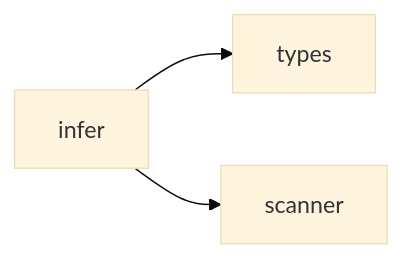
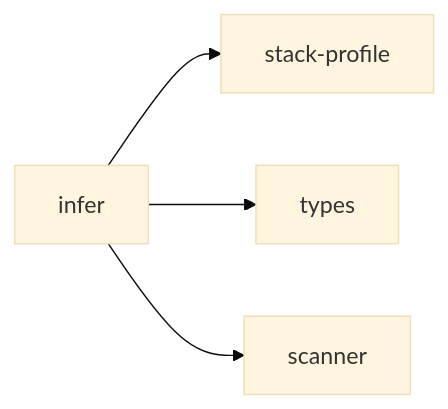
Before and after one commit to hellhellpnick/context-graph: the diagram in .cursor/rules/ctxgraph--src-graph-builder-plan-infer.mdc, drawn with Mermaid (base theme). The commit also changed other lines of this file and 200 other files, not shown here.

````diff
--- a/.cursor/rules/ctxgraph--src-graph-builder-plan-infer.mdc
+++ b/.cursor/rules/ctxgraph--src-graph-builder-plan-infer.mdc
@@ -14,6 +14,7 @@
 ```mermaid
 graph LR
   infer[infer]
+  infer --> stack_profile[stack-profile]
   infer --> types[types]
   infer --> scanner[scanner]
 ```
````
